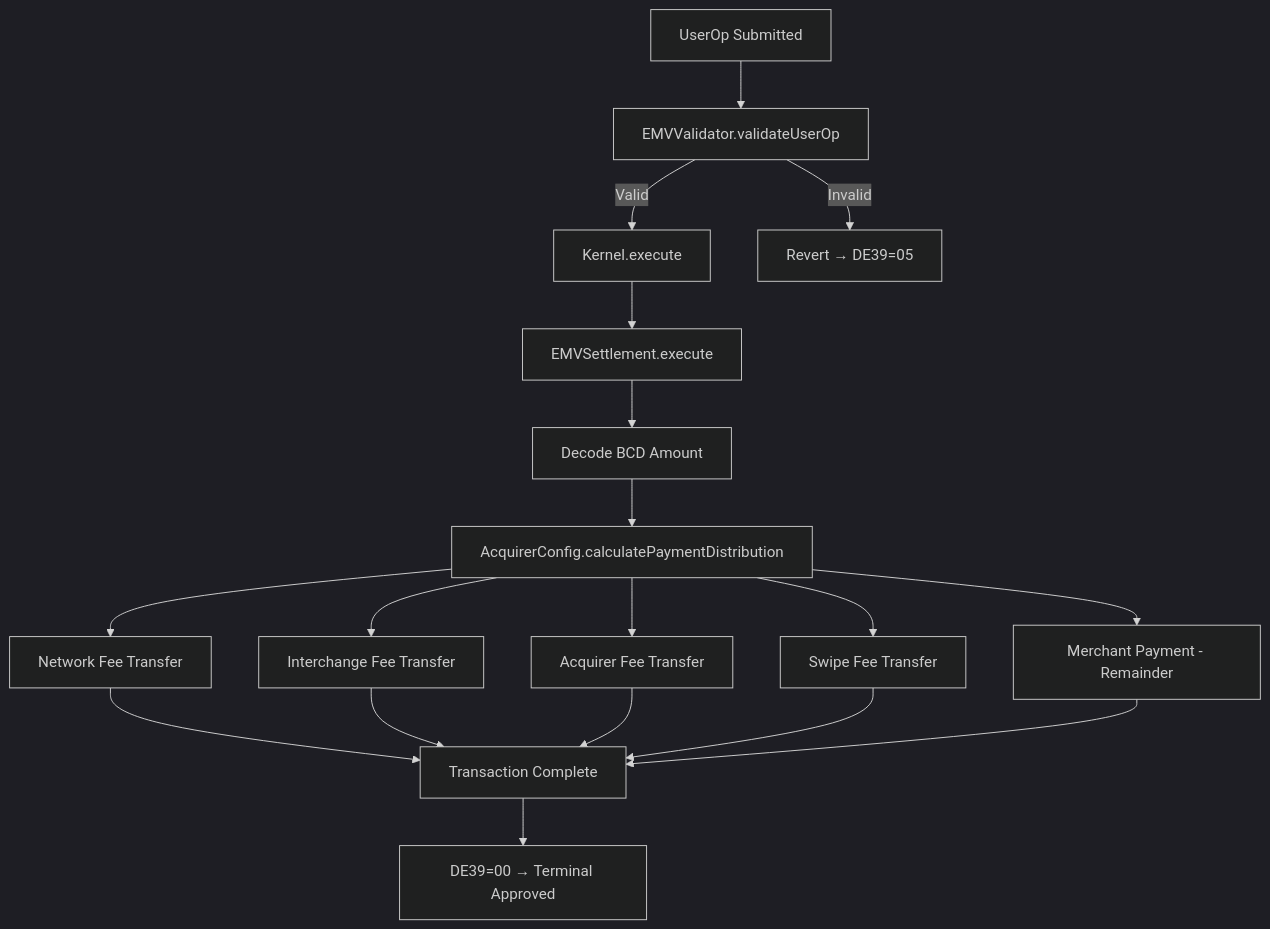
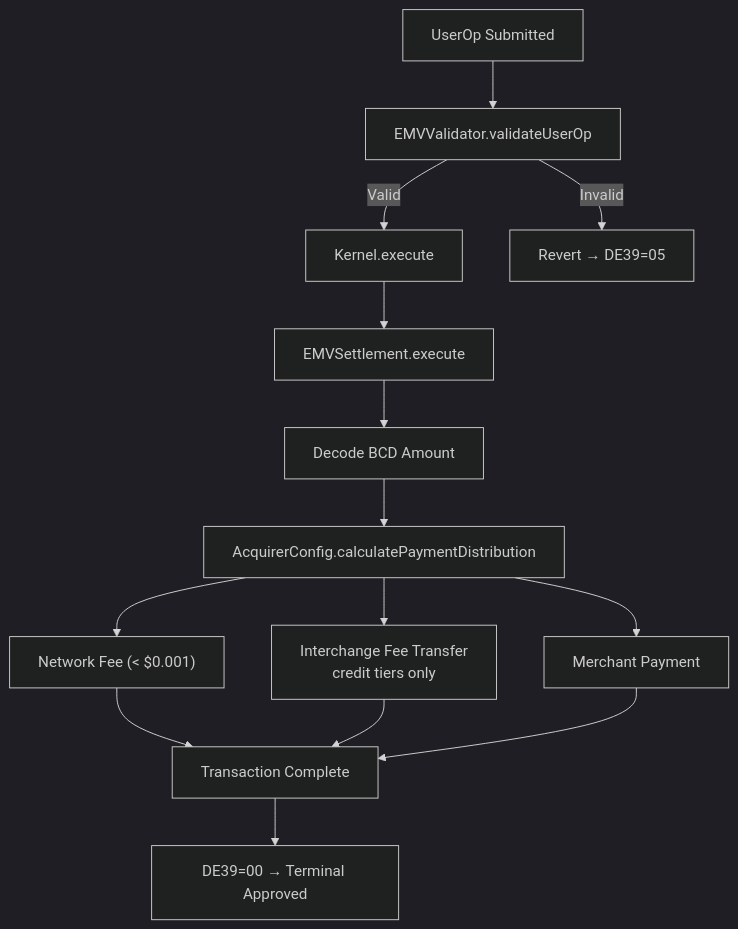
The diagram in content/docs/technical/settlement.mdx (colossus-credit/docs), drawn with Mermaid (dark theme) before and after one commit. The commit also changed other lines of this file and 10 other files, not shown here.

````diff
--- a/content/docs/technical/settlement.mdx
+++ b/content/docs/technical/settlement.mdx
@@ -26,20 +26,16 @@
 ```mermaid
 flowchart TD
     A[UserOp Submitted] --> B[EMVValidator.validateUserOp]
     B -->|Valid| C[Kernel.execute]
     B -->|Invalid| X[Revert → DE39=05]
     C --> D[EMVSettlement.execute]
     D --> E[Decode BCD Amount]
     E --> F[AcquirerConfig.calculatePaymentDistribution]
-    F --> G[Network Fee Transfer]
-    F --> H[Interchange Fee Transfer]
-    F --> I[Acquirer Fee Transfer]
-    F --> J[Swipe Fee Transfer]
-    F --> K[Merchant Payment - Remainder]
+    F --> G["Network Fee (< $0.001)"]
+    F --> H[Interchange Fee Transfer<br/>credit tiers only]
+    F --> K[Merchant Payment]
     G --> L[Transaction Complete]
     H --> L
-    I --> L
-    J --> L
     K --> L
     L --> M[DE39=00 → Terminal Approved]
 ```
````
